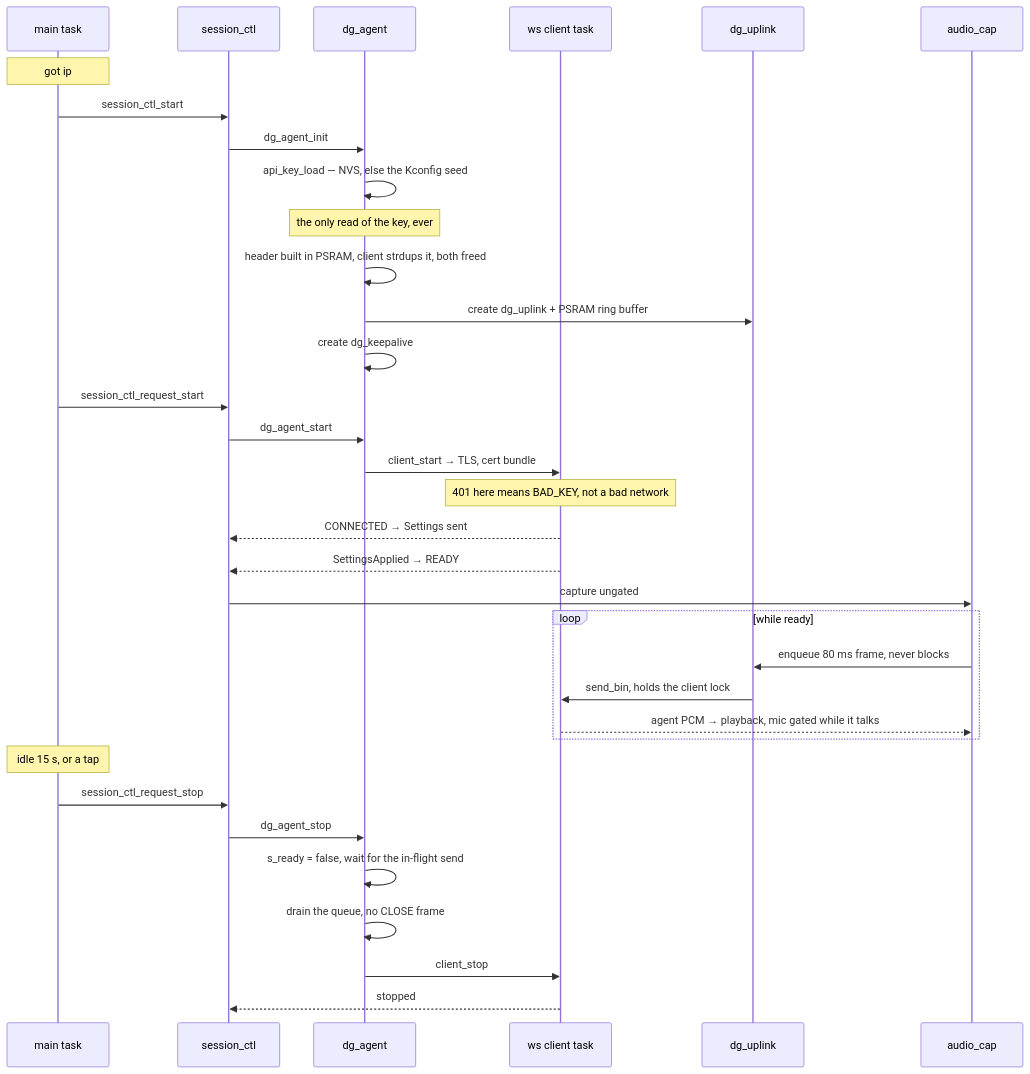
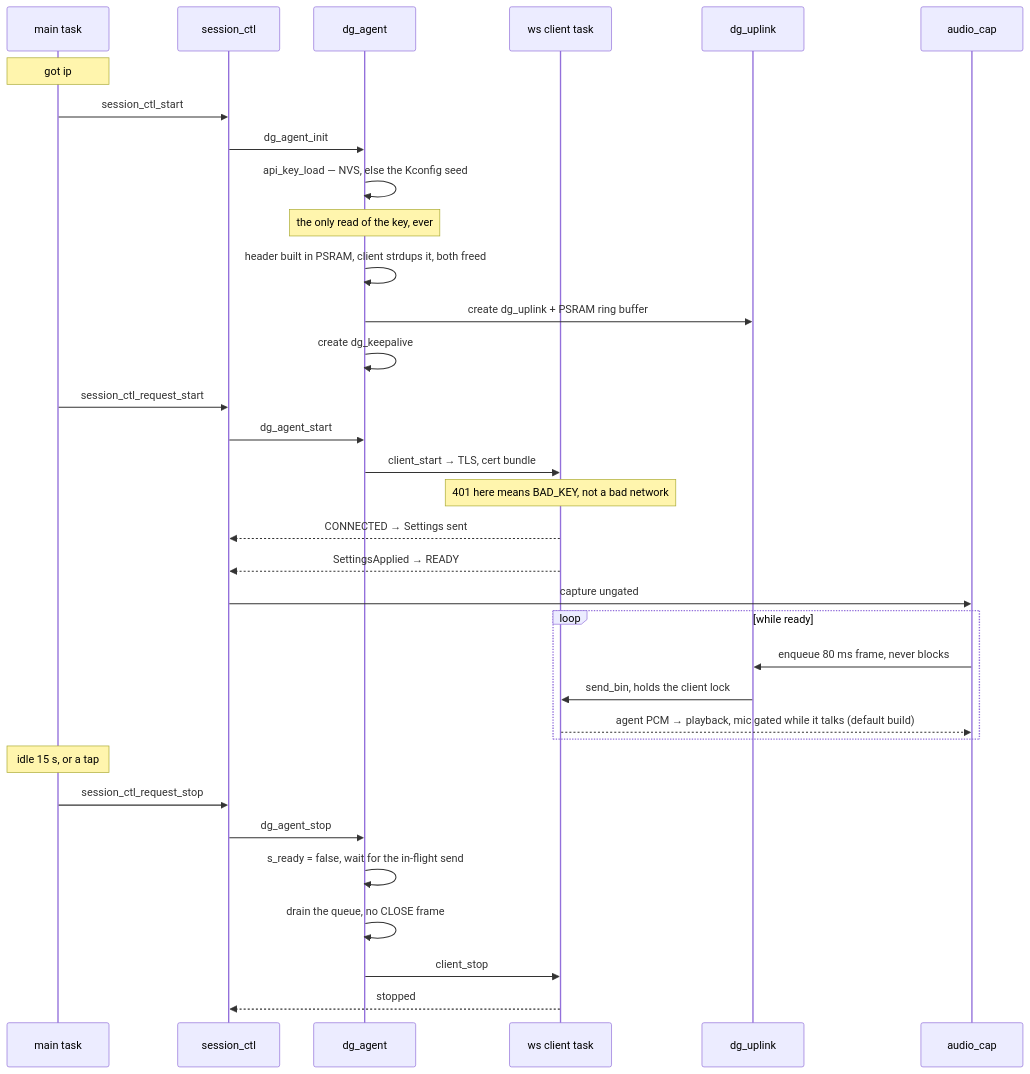
The seventh of 9 diagrams in docs/architecture.md (dg-edcharbeneau/esp32-deepgram-voice-agent), drawn with Mermaid before and after one commit. The commit also changed other lines of this file and 4 other files, not shown here.

````diff
--- a/docs/architecture.md
+++ b/docs/architecture.md
@@ -418,41 +423,41 @@
 ```mermaid
 sequenceDiagram
     participant M as main task
     participant S as session_ctl
     participant G as dg_agent
     participant W as ws client task
     participant U as dg_uplink
     participant C as audio_cap
 
     Note over M: got ip
 
     M->>S: session_ctl_start
     S->>G: dg_agent_init
     G->>G: api_key_load — NVS, else the Kconfig seed
     Note over G: the only read of the key, ever
     G->>G: header built in PSRAM, client strdups it, both freed
     G->>U: create dg_uplink + PSRAM ring buffer
     G->>G: create dg_keepalive
 
     M->>S: session_ctl_request_start
     S->>G: dg_agent_start
     G->>W: client_start → TLS, cert bundle
     Note over W: 401 here means BAD_KEY, not a bad network
     W-->>S: CONNECTED → Settings sent
     W-->>S: SettingsApplied → READY
     S->>C: capture ungated
 
     loop while ready
         C->>U: enqueue 80 ms frame, never blocks
         U->>W: send_bin, holds the client lock
-        W-->>C: agent PCM → playback, mic gated while it talks
+        W-->>C: agent PCM → playback, mic gated while it talks (default build)
     end
 
     Note over M: idle 15 s, or a tap
     M->>S: session_ctl_request_stop
     S->>G: dg_agent_stop
     G->>G: s_ready = false, wait for the in-flight send
     G->>G: drain the queue, no CLOSE frame
     G->>W: client_stop
     W-->>S: stopped
 ```
````
